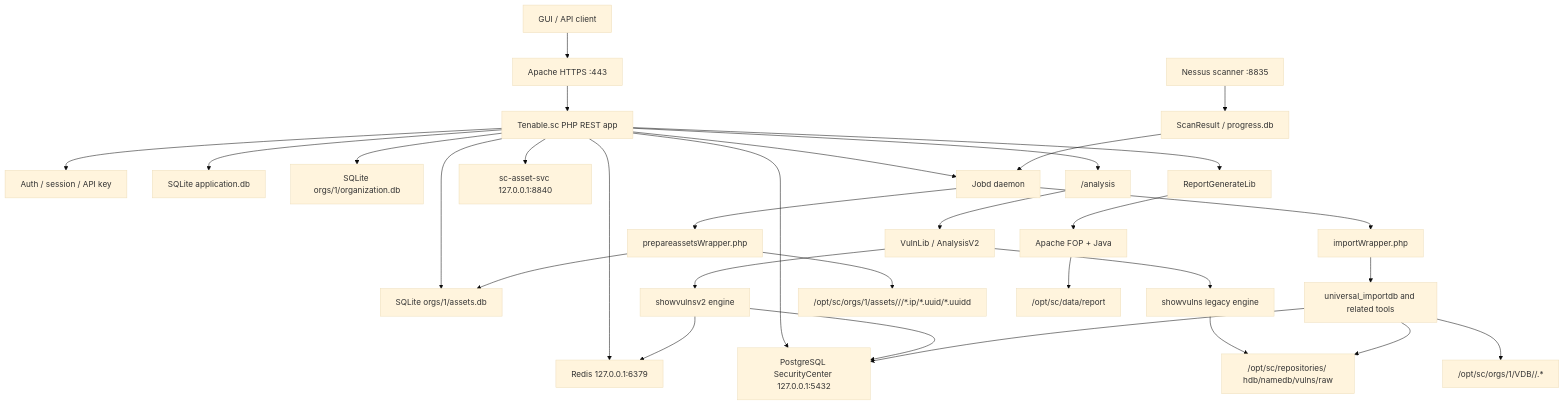
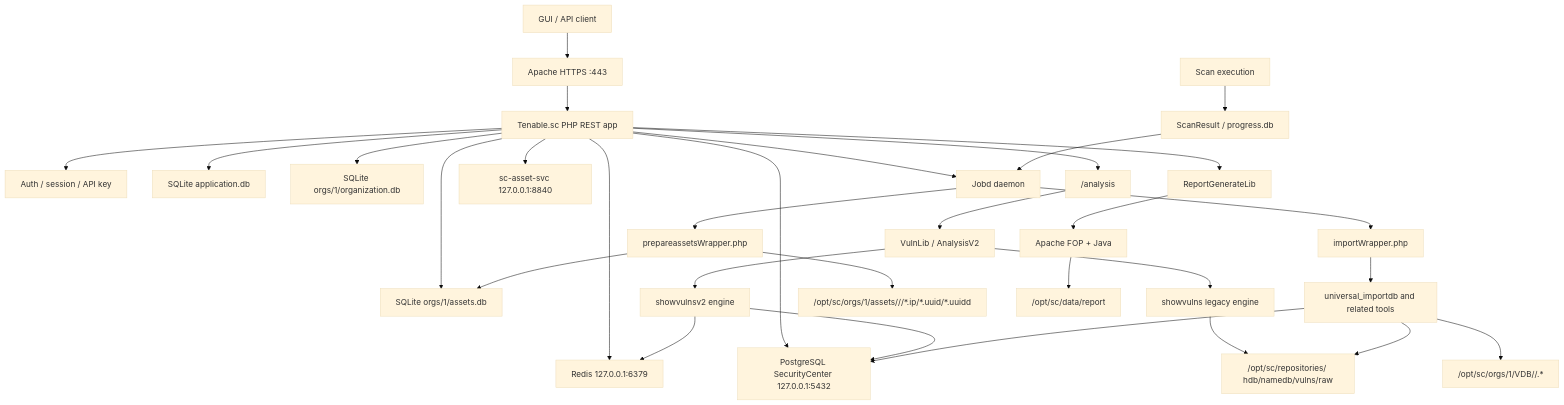
One commit to adhl-bot/tenable-sc-compliance-extractor changed the diagram in laboratorio/tenablesc_internals/TENABLESC_INTERNAL_MAP.md. Above: the diagram before and after it, drawn with Mermaid (base theme). The commit also changed other lines of this file and 14 other files, not shown here.

````diff
--- a/laboratorio/tenablesc_internals/TENABLESC_INTERNAL_MAP.md
+++ b/laboratorio/tenablesc_internals/TENABLESC_INTERNAL_MAP.md
@@ -39,33 +38,33 @@
 ```mermaid
 flowchart TD
     User["GUI / API client"] --> Apache["Apache HTTPS :443"]
     Apache --> PHP["Tenable.sc PHP REST app"]
     PHP --> Session["Auth / session / API key"]
     PHP --> AppDB["SQLite application.db"]
     PHP --> OrgDB["SQLite orgs/1/organization.db"]
     PHP --> AssetsDB["SQLite orgs/1/assets.db"]
     PHP --> Redis["Redis 127.0.0.1:6379"]
     PHP --> PG["PostgreSQL SecurityCenter 127.0.0.1:5432"]
     PHP --> Jobd["Jobd daemon"]
     PHP --> AssetSvc["sc-asset-svc 127.0.0.1:8840"]
     PHP --> Analysis["/analysis"]
     Analysis --> VulnLib["VulnLib / AnalysisV2"]
     VulnLib --> ShowVulns["showvulns legacy engine"]
     VulnLib --> GoVulns["showvulnsv2 engine"]
     ShowVulns --> RepoFiles["/opt/sc/repositories/<id> hdb/namedb/vulns/raw"]
     GoVulns --> PG
     GoVulns --> Redis
     Jobd --> ImportWrapper["importWrapper.php"]
     ImportWrapper --> ImportDB["universal_importdb and related tools"]
     ImportDB --> RepoFiles
     ImportDB --> VDB["/opt/sc/orgs/1/VDB/<date>/<scanResult>.*"]
     ImportDB --> PG
     Jobd --> PrepareAssets["prepareassetsWrapper.php"]
     PrepareAssets --> AssetsDB
     PrepareAssets --> AssetFiles["/opt/sc/orgs/1/assets/<group>/<repo>/*.ip/*.uuid/*.uuidd"]
-    Nessus["Nessus scanner :8835"] --> ScanResult["ScanResult / progress.db"]
+    ScanEngine["Scan execution"] --> ScanResult["ScanResult / progress.db"]
     ScanResult --> Jobd
     PHP --> Reports["ReportGenerateLib"]
     Reports --> FOP["Apache FOP + Java"]
     FOP --> ReportFiles["/opt/sc/data/report"]
 ```
````
